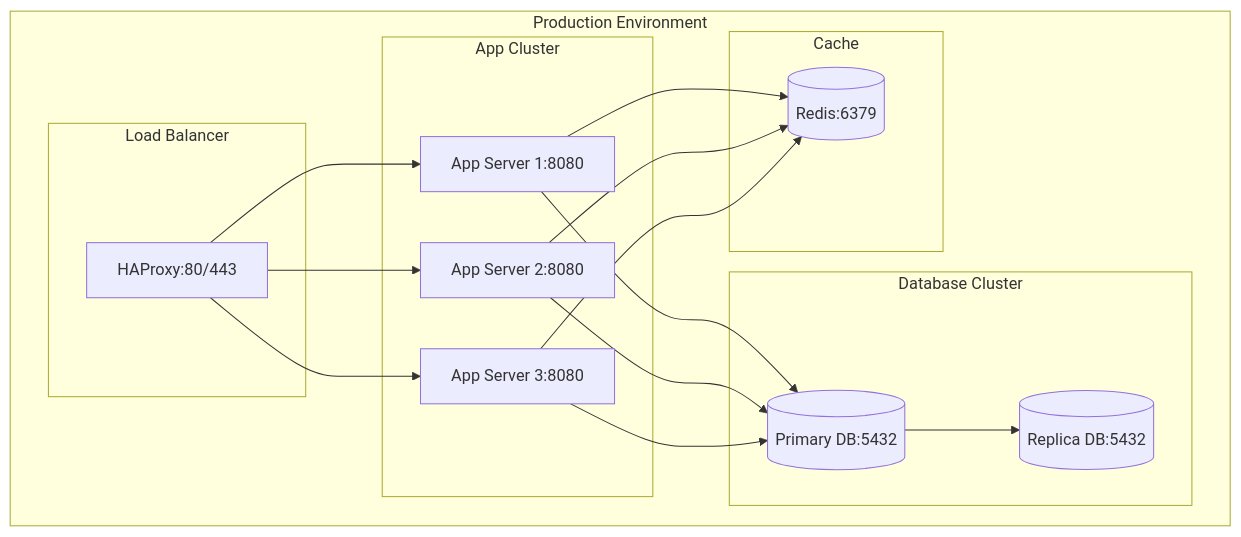
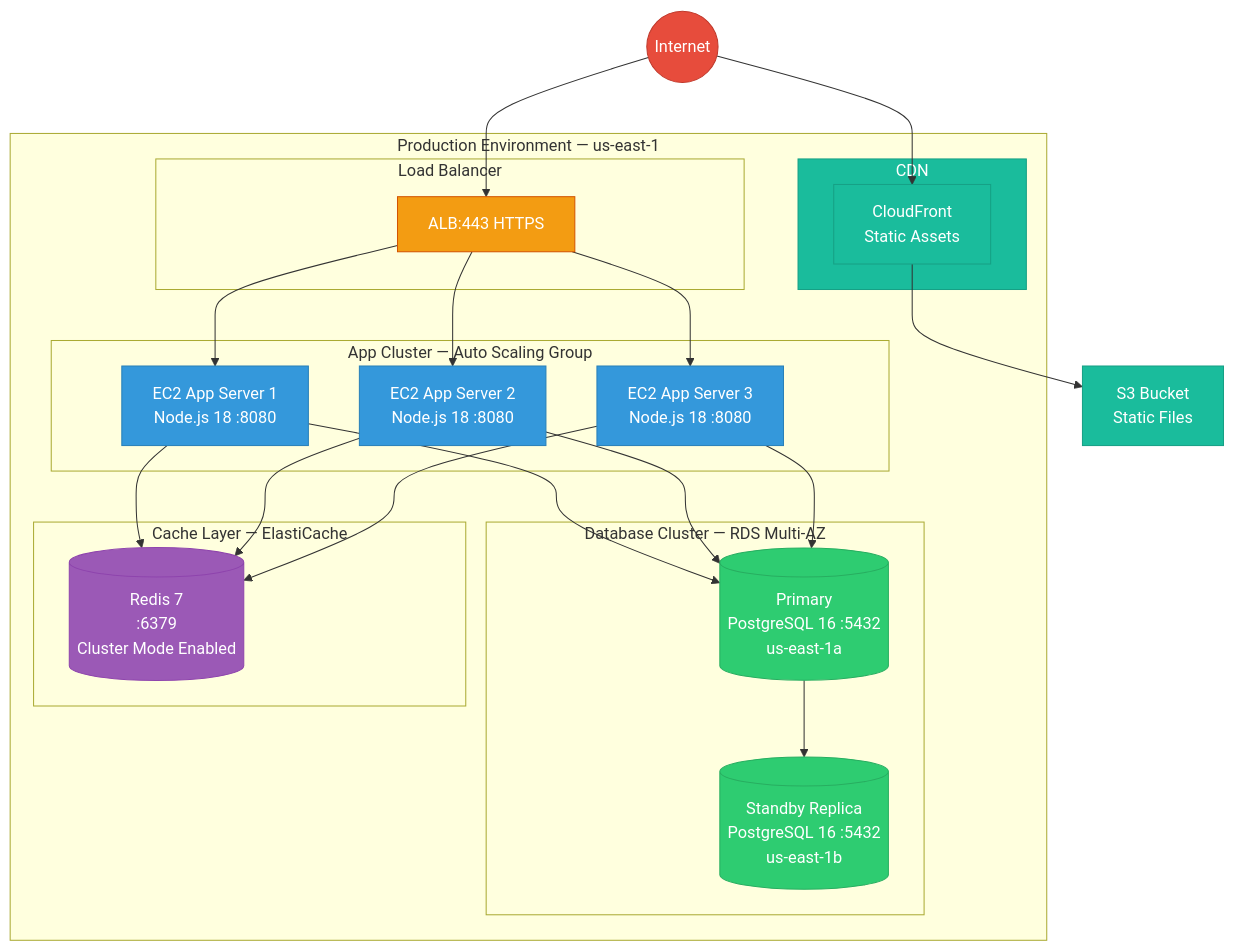
The eighth of 10 diagrams in docs/courses/software-engineering/03-system-modeling.md (Raushan666java/ai-engineering-journey), drawn with Mermaid before and after one commit. The commit also changed other lines of this file and 15 other files, not shown here.

Commit message:
deploy: software-engineering overhaul - 16 chapters expanded to avg 1284L (+7649L), richer Mermaid, more TS, deeper content

````diff
--- a/docs/courses/software-engineering/03-system-modeling.md
+++ b/docs/courses/software-engineering/03-system-modeling.md
@@ -291,30 +411,49 @@
 ```mermaid
 graph TD
-    subgraph "Production Environment"
+    subgraph "Production Environment — us-east-1"
         subgraph "Load Balancer"
-            LB[HAProxy:80/443]
+            LB[ALB:443 HTTPS]
         end
-        subgraph "App Cluster"
-            A1[App Server 1:8080]
-            A2[App Server 2:8080]
-            A3[App Server 3:8080]
+        subgraph "App Cluster — Auto Scaling Group"
+            A1[EC2 App Server 1<br/>Node.js 18 :8080]
+            A2[EC2 App Server 2<br/>Node.js 18 :8080]
+            A3[EC2 App Server 3<br/>Node.js 18 :8080]
         end
-        subgraph "Database Cluster"
-            DB1[(Primary DB:5432)]
-            DB2[(Replica DB:5432)]
+        subgraph "Database Cluster — RDS Multi-AZ"
+            DB1[(Primary<br/>PostgreSQL 16 :5432<br/>us-east-1a)]
+            DB2[(Standby Replica<br/>PostgreSQL 16 :5432<br/>us-east-1b)]
         end
-        subgraph "Cache"
-            REDIS[(Redis:6379)]
+        subgraph "Cache Layer — ElastiCache"
+            REDIS[(Redis 7<br/>:6379<br/>Cluster Mode Enabled)]
+        end
+        subgraph "CDN"
+            CF[CloudFront<br/>Static Assets]
         end
     end
+    INTERNET((Internet)) --> CF
+    INTERNET --> LB
     LB --> A1
     LB --> A2
     LB --> A3
     A1 --> DB1
     A2 --> DB1
     A3 --> DB1
     DB1 --> DB2
     A1 --> REDIS
     A2 --> REDIS
     A3 --> REDIS
+    CF --> S3[S3 Bucket<br/>Static Files]
+
+    classDef internet fill:#e74c3c,stroke:#c0392b,color:#fff
+    classDef lb fill:#f39c12,stroke:#d35400,color:#fff
+    classDef app fill:#3498db,stroke:#2980b9,color:#fff
+    classDef db fill:#2ecc71,stroke:#27ae60,color:#fff
+    classDef cache fill:#9b59b6,stroke:#8e44ad,color:#fff
+    classDef cdn fill:#1abc9c,stroke:#16a085,color:#fff
+    class INTERNET internet
+    class LB lb
+    class A1,A2,A3 app
+    class DB1,DB2 db
+    class REDIS cache
+    class CF,CDN,S3 cdn
 ```
````
